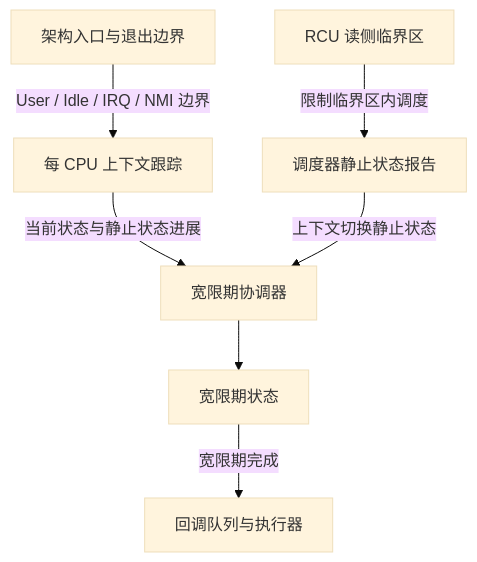
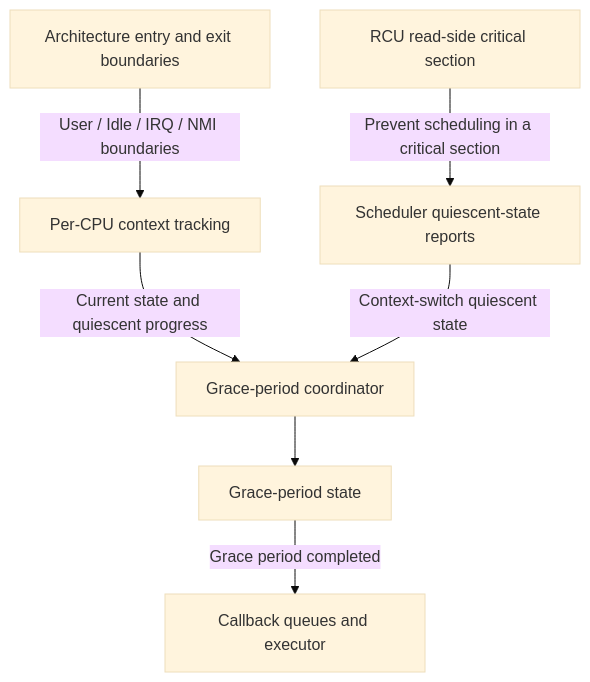
Before and after one commit to DragonOS-Community/DragonOS: the second of 6 diagrams in docs/kernel/rcu/architecture.md, drawn with Mermaid (base theme). The commit also changed other lines of this file and 2058 other files, not shown here.

````diff
--- a/docs/kernel/rcu/architecture.md
+++ b/docs/kernel/rcu/architecture.md
@@ -26,17 +26,17 @@
 ```mermaid
 flowchart TB
-    Reader[RCU 读侧临界区]
-    Arch[架构入口与退出边界]
-    Context[每 CPU 上下文跟踪]
-    Scheduler[调度器静止状态报告]
-    Coordinator[宽限期协调器]
-    GP[宽限期状态]
-    Callback[回调队列与执行器]
+    Reader[RCU read-side critical section]
+    Arch[Architecture entry and exit boundaries]
+    Context[Per-CPU context tracking]
+    Scheduler[Scheduler quiescent-state reports]
+    Coordinator[Grace-period coordinator]
+    GP[Grace-period state]
+    Callback[Callback queues and executor]
 
-    Reader -->|限制临界区内调度| Scheduler
-    Arch -->|User / Idle / IRQ / NMI 边界| Context
-    Context -->|当前状态与静止状态进展| Coordinator
-    Scheduler -->|上下文切换静止状态| Coordinator
+    Reader -->|Prevent scheduling in a critical section| Scheduler
+    Arch -->|User / Idle / IRQ / NMI boundaries| Context
+    Context -->|Current state and quiescent progress| Coordinator
+    Scheduler -->|Context-switch quiescent state| Coordinator
     Coordinator --> GP
-    GP -->|宽限期完成| Callback
+    GP -->|Grace period completed| Callback
 ```
````
